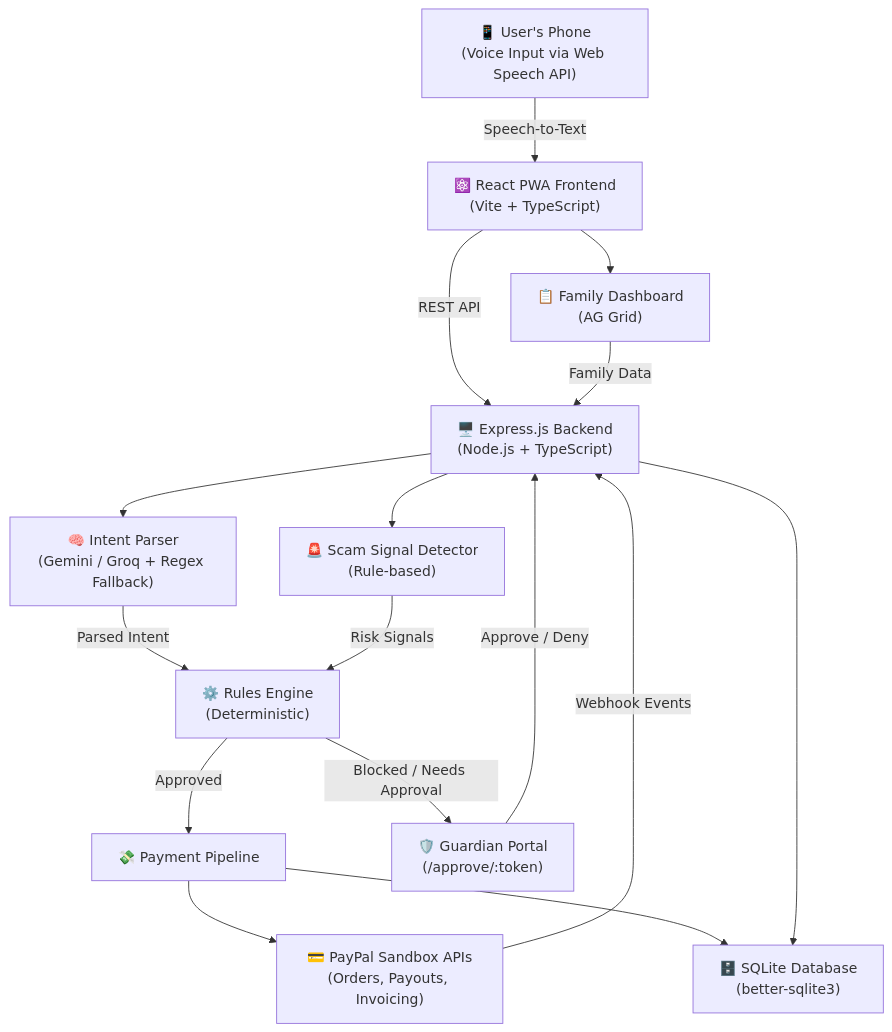
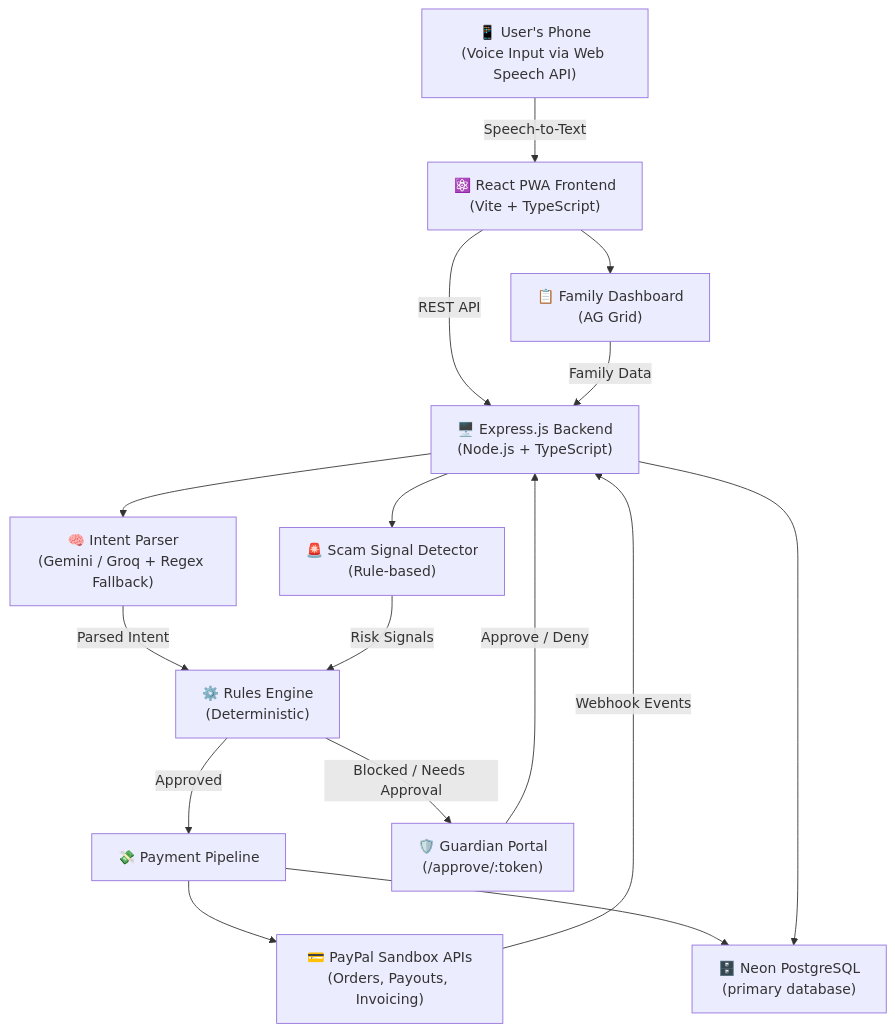
The diagram in README.md (Vansh98789/Awaaz-Pay), drawn with Mermaid before and after one commit. The commit also changed other lines of this file and 26 other files, not shown here.

Commit message:
fix: shifted the db completely to neon from sql-lite

````diff
--- a/README.md
+++ b/README.md
@@ -45,30 +45,30 @@
 ```mermaid
 flowchart TD
     A["📱 User's Phone\n(Voice Input via Web Speech API)"]
     B["⚛️ React PWA Frontend\n(Vite + TypeScript)"]
     C["🖥️ Express.js Backend\n(Node.js + TypeScript)"]
     D["🧠 Intent Parser\n(Gemini / Groq + Regex Fallback)"]
     E["🚨 Scam Signal Detector\n(Rule-based)"]
     F["⚙️ Rules Engine\n(Deterministic)"]
     G["💸 Payment Pipeline"]
     H["💳 PayPal Sandbox APIs\n(Orders, Payouts, Invoicing)"]
-    I["🗄️ SQLite Database\n(better-sqlite3)"]
+    I["🗄️ Neon PostgreSQL\n(primary database)"]
     J["🛡️ Guardian Portal\n(/approve/:token)"]
     K["📋 Family Dashboard\n(AG Grid)"]
 
     A -->|Speech-to-Text| B
     B -->|REST API| C
     C --> D
     C --> E
     D -->|Parsed Intent| F
     E -->|Risk Signals| F
     F -->|Approved| G
     F -->|Blocked / Needs Approval| J
     G --> H
     G --> I
     H -->|Webhook Events| C
     J -->|Approve / Deny| C
     B --> K
     K -->|Family Data| C
     C --> I
 ```
````
